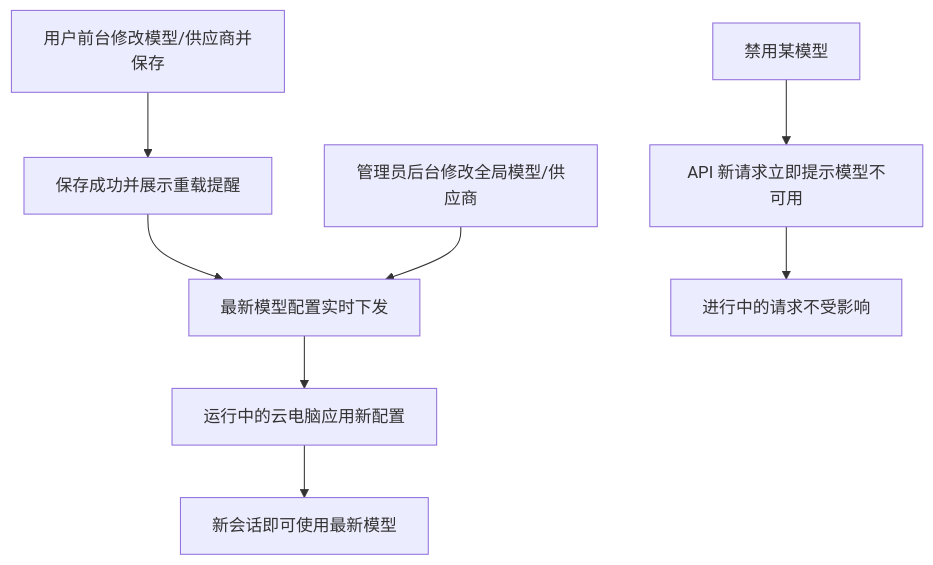
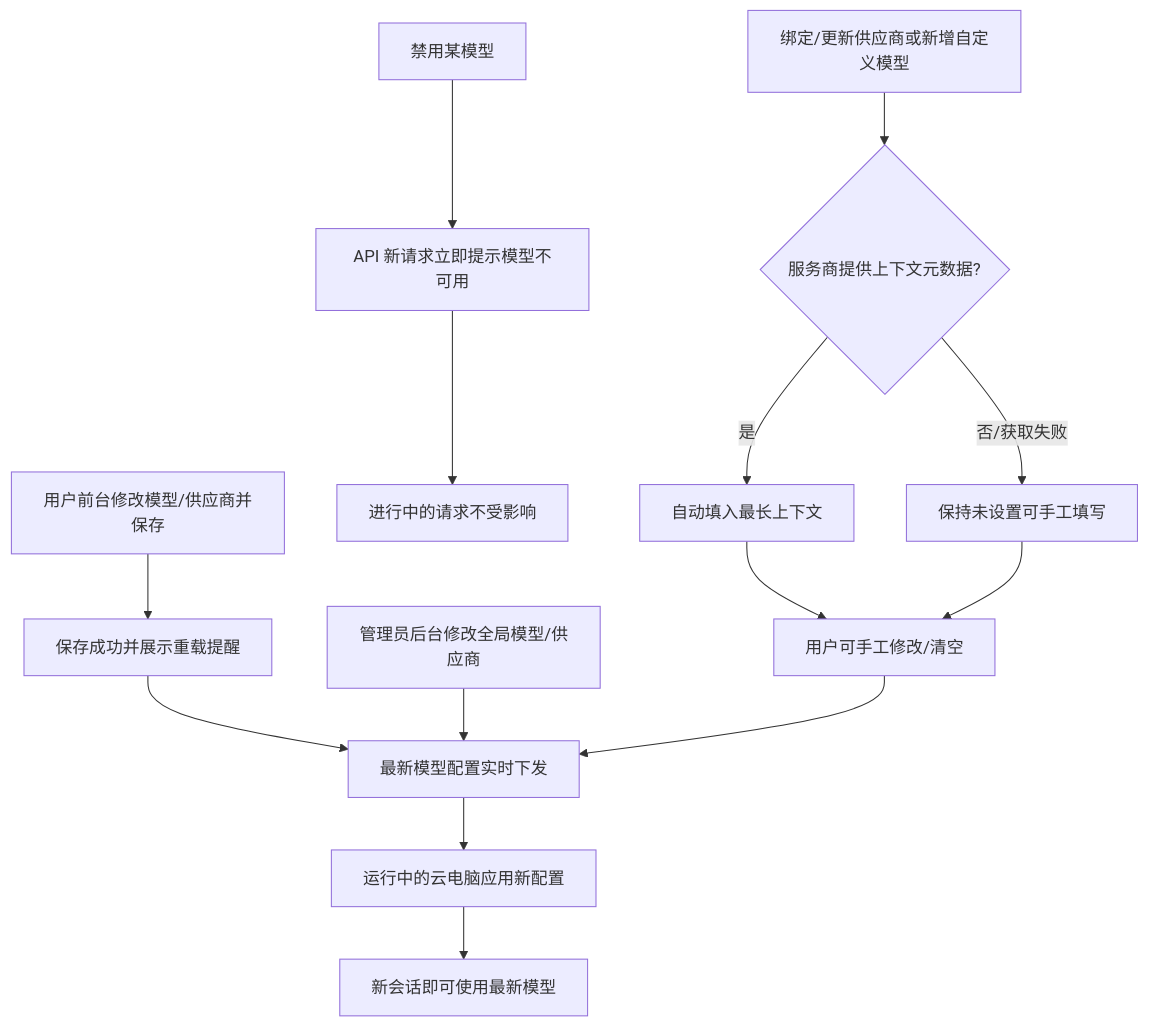
One commit to Deliay/z-agent-gear changed the diagram in docs/product/draft/20261117-cloud-host-model-config-sync.md. Above: the diagram before and after it, drawn with Mermaid. The commit also changed other lines of this file and 3 other files, not shown here.

````diff
--- a/docs/product/draft/20261117-cloud-host-model-config-sync.md
+++ b/docs/product/draft/20261117-cloud-host-model-config-sync.md
@@ -109,11 +134,18 @@
 ```mermaid
 flowchart TD
     A[用户前台修改模型/供应商并保存] --> B[保存成功并展示重载提醒]
     B --> C[最新模型配置实时下发]
     C --> D[运行中的云电脑应用新配置]
     D --> E[新会话即可使用最新模型]
 
     F[管理员后台修改全局模型/供应商] --> C
     G[禁用某模型] --> H[API 新请求立即提示模型不可用]
     H --> I[进行中的请求不受影响]
+
+    J[绑定/更新供应商或新增自定义模型] --> K{服务商提供上下文元数据?}
+    K -->|是| L[自动填入最长上下文]
+    K -->|否/获取失败| M[保持未设置可手工填写]
+    L --> N[用户可手工修改/清空]
+    M --> N
+    N --> C
 ```
````
